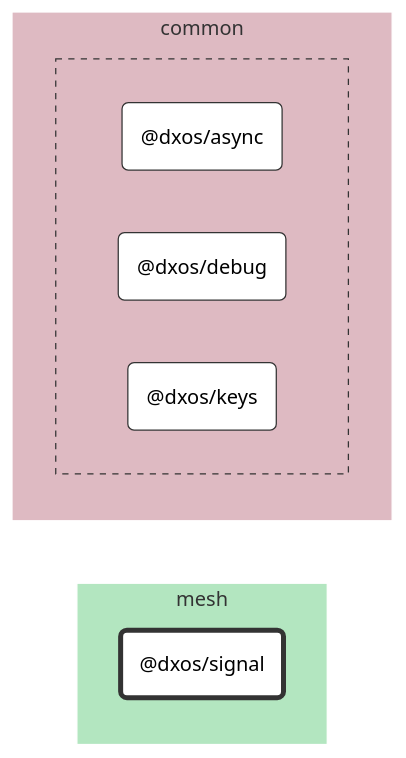
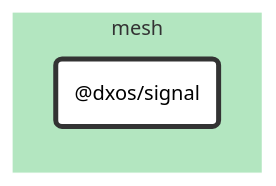
One commit to dxos/dxos changed the diagram in packages/mesh/signal/docs/README.md. Above: the diagram before and after it, drawn with Mermaid (forest theme). The commit also changed 87 other files, not shown here.

````diff
--- a/packages/mesh/signal/docs/README.md
+++ b/packages/mesh/signal/docs/README.md
@@ -7,44 +7,20 @@
 ```mermaid
 %%{ init: {'flowchart':{'curve':'basis'}} }%%
 
 flowchart LR
 
-%% Links
+%% Classes
+classDef def fill:#fff,stroke:#333,stroke-width:1px
+classDef root fill:#fff,stroke:#333,stroke-width:4px
 
-%% Sections
-subgraph mesh
-  style mesh fill:#b3e6c0,stroke:#fff;
+%% Nodes
 
-  dxos/signal("@dxos/signal")
+subgraph mesh [mesh]
+  style mesh fill:#b3e6c0,stroke:#fff
+  dxos/signal("@dxos/signal"):::root
+  click dxos/signal "dxos/dxos/tree/main/packages/mesh/signal/docs"
 end
 
-subgraph common
-  style common fill:#debac2,stroke:#fff;
-
-
-  subgraph common-excluded [ ]
-    style common-excluded fill:#debac2,stroke:#333,stroke-dasharray:5 5;
-
-    dxos/async("@dxos/async")
-    dxos/debug("@dxos/debug")
-    dxos/keys("@dxos/keys")
-  end
-end
-
-
-%% Hyperlinks
-click dxos/async "dxos/dxos/tree/main/packages/common/async/docs";
-click dxos/debug "dxos/dxos/tree/main/packages/common/debug/docs";
-click dxos/keys "dxos/dxos/tree/main/packages/common/keys/docs";
-
-%% Styles
-classDef rootNode fill:#fff,stroke:#333,stroke-width:4px
-classDef defaultNode fill:#fff,stroke:#333,stroke-width:1px
+%% Links
 linkStyle default stroke:#333,stroke-width:1px
-
-dxos/signal:::rootNode
-
-dxos/async:::defaultNode
-dxos/debug:::defaultNode
-dxos/keys:::defaultNode
 ```
````
